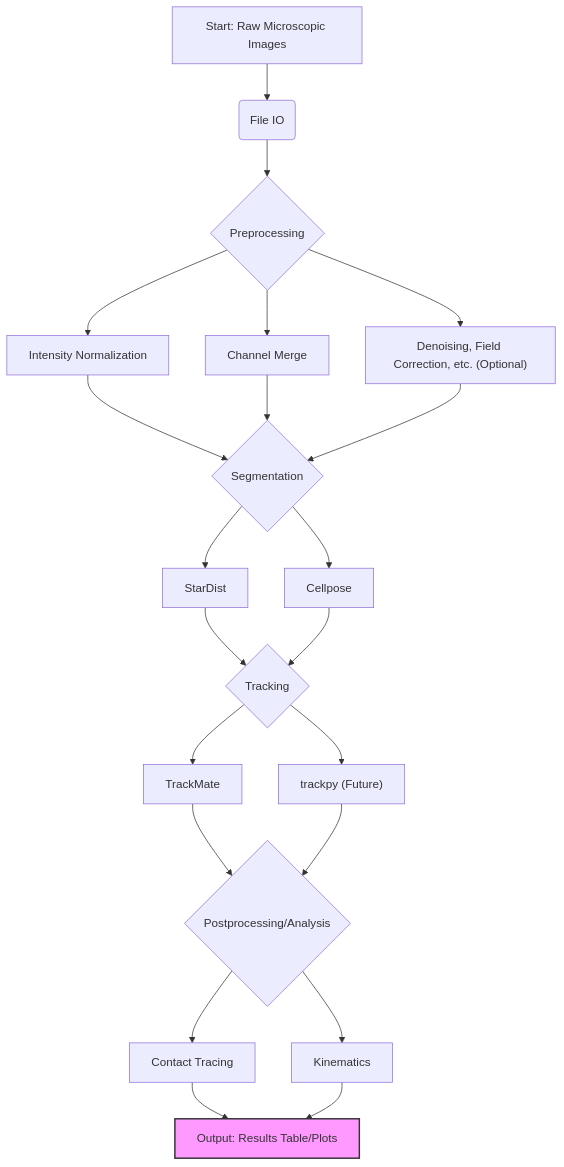
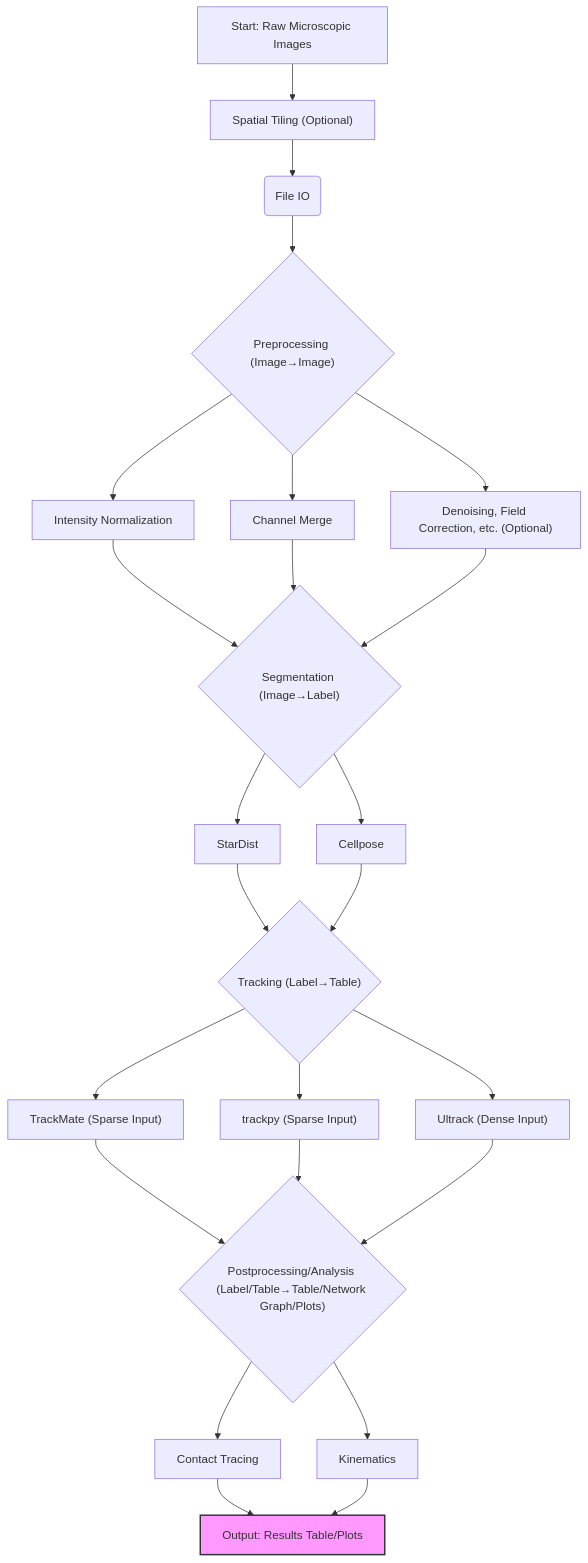
One commit to bpi-oxford/Cytotoxicity-Pipeline changed the diagram in README.md. Above: the diagram before and after it, drawn with Mermaid. The commit also changed other lines of this file and 1 other file, not shown here.

Commit message:
diagram update

````diff
--- a/README.md
+++ b/README.md
@@ -9,20 +9,22 @@
 ```mermaid
 graph TD
-    A[Start: Raw Microscopic Images] --> B(File IO);
-    B --> C{Preprocessing};
+    A[Start: Raw Microscopic Images] --> AA[Spatial Tiling #40;Optional#41;]
+    AA --> B(File IO);
+    B --> C{Preprocessing #40;Image→Image#41;};
     C --> D[Intensity Normalization];
     C --> E[Channel Merge];
     C --> F[Denoising, Field Correction, etc. #40;Optional#41;];
-    D & E & F --> G{Segmentation};
+    D & E & F --> G{Segmentation #40;Image→Label#41;};
     G --> H[StarDist];
     G --> I[Cellpose];
-    H & I --> J{Tracking};
-    J --> K[TrackMate];
-    J --> L[trackpy #40;Future#41;];
-    K & L --> M{Postprocessing/Analysis};
-    M --> N[Contact Tracing];
-    M --> O[Kinematics];
+    H & I --> J{Tracking #40;Label→Table#41;};
+    J --> K[TrackMate #40;Sparse Input#41;];
+    J --> L[trackpy #40;Sparse Input#41;];
+    J --> M[Ultrack #40;Dense Input#41;];
+    K & L & M --> Q{Postprocessing/Analysis #40;Label/Table→Table/Network Graph/Plots#41;};
+    Q --> N[Contact Tracing];
+    Q --> O[Kinematics];
     N & O --> P[Output: Results Table/Plots];
 
     style P fill:#f9f,stroke:#333,stroke-width:2px
 ```
````
